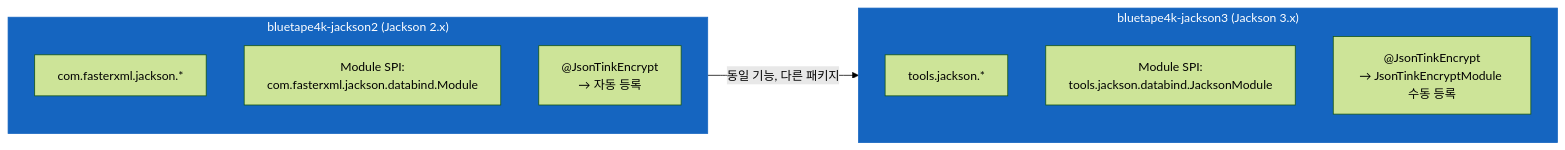
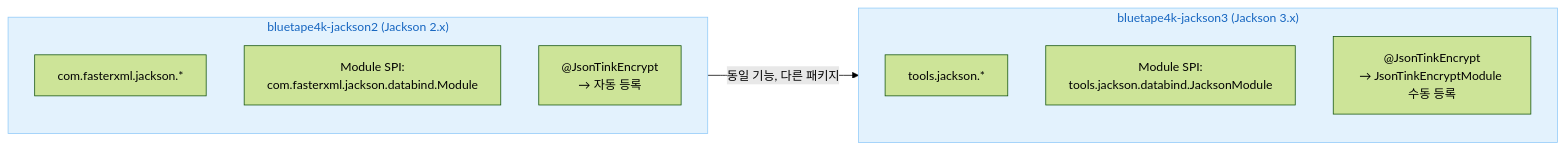
The first of 3 diagrams in io/jackson3/README.ko.md (bluetape4k/bluetape4k-projects), drawn with Mermaid (forest theme) before and after one commit. The commit also changed other lines of this file and 219 other files, not shown here.

First line of the commit message:
docs: 전체 README Mermaid 다이어그램 가이드 적용

````diff
--- a/io/jackson3/README.ko.md
+++ b/io/jackson3/README.ko.md
@@ -298,20 +298,20 @@
 ```mermaid
 flowchart LR
     subgraph JK2["bluetape4k-jackson2 (Jackson 2.x)"]
         M2[com.fasterxml.jackson.*]
         MOD2[Module SPI:<br/>com.fasterxml.jackson.databind.Module]
         TK2["@JsonTinkEncrypt<br/>→ 자동 등록"]
     end
 
     subgraph JK3["bluetape4k-jackson3 (Jackson 3.x)"]
         M3[tools.jackson.*]
         MOD3[Module SPI:<br/>tools.jackson.databind.JacksonModule]
         TK3["@JsonTinkEncrypt<br/>→ JsonTinkEncryptModule 수동 등록"]
     end
 
     JK2 -->|동일 기능, 다른 패키지| JK3
 
-    classDef serviceStyle fill:#1565C0,stroke:#1565C0,color:#FFFFFF
+    classDef serviceStyle fill:#E3F2FD,stroke:#90CAF9,color:#1565C0
     class JK2 serviceStyle
     class JK3 serviceStyle
 ```
````
